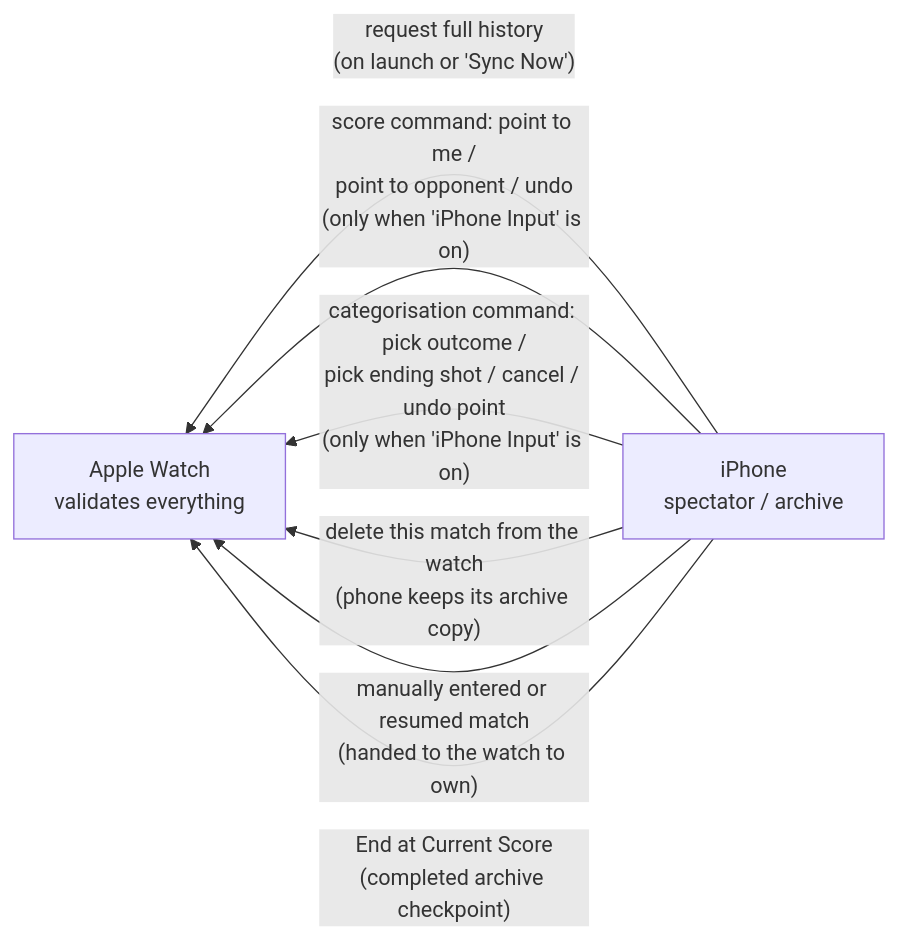
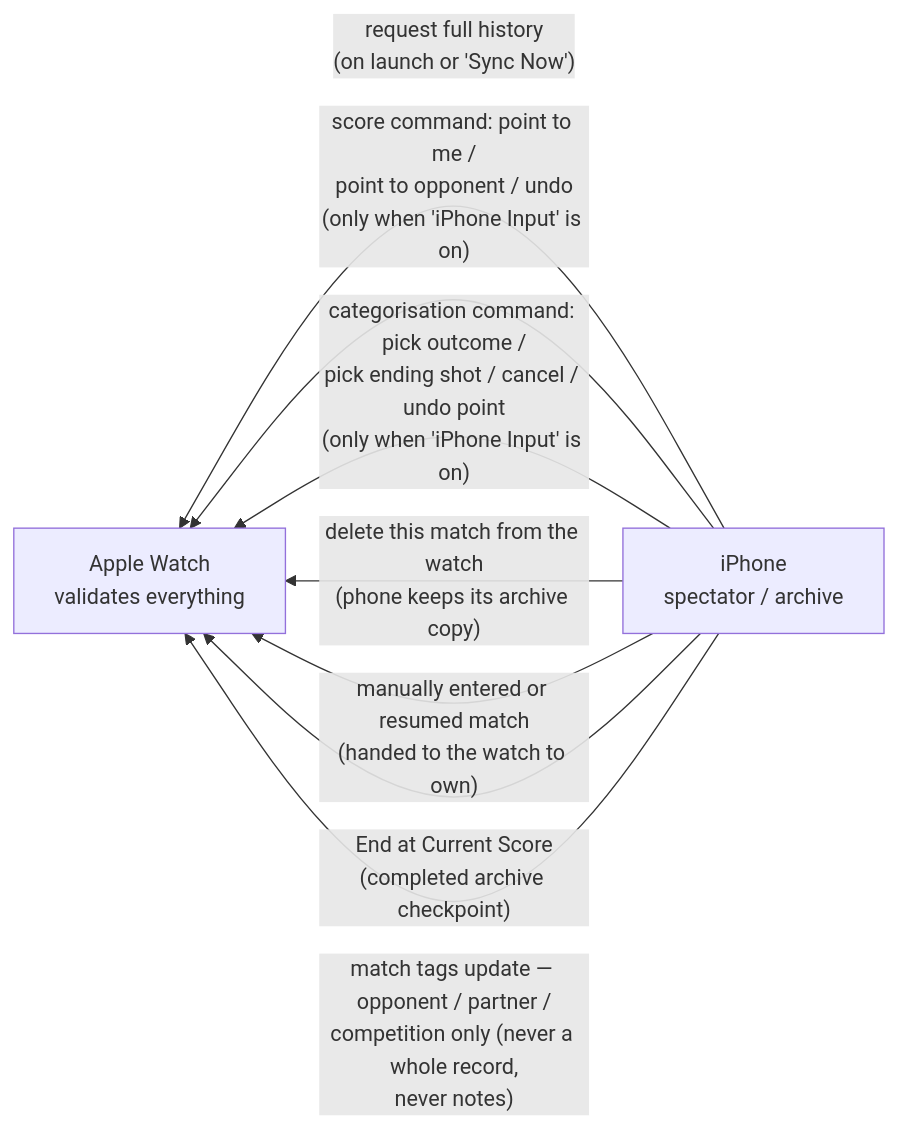
One commit to EMRahman/DeuceMate changed the second of 7 diagrams in docs/architecture/sync-and-data-flow.md. Above: the diagram before and after it, drawn with Mermaid. The commit also changed other lines of this file and 7 other files, not shown here.

First line of the commit message:
docs: Privacy policy, App Store notes and architecture for match details

````diff
--- a/docs/architecture/sync-and-data-flow.md
+++ b/docs/architecture/sync-and-data-flow.md
@@ -46,11 +46,12 @@
 ```mermaid
 flowchart RL
     P["iPhone<br/>spectator / archive"]
     W["Apple Watch<br/>validates everything"]
     P -- "request full history<br/>(on launch or 'Sync Now')" --> W
     P -- "score command: point to me /<br/>point to opponent / undo<br/>(only when 'iPhone Input' is on)" --> W
     P -- "categorisation command: pick outcome /<br/>pick ending shot / cancel / undo point<br/>(only when 'iPhone Input' is on)" --> W
     P -- "delete this match from the watch<br/>(phone keeps its archive copy)" --> W
     P -- "manually entered or resumed match<br/>(handed to the watch to own)" --> W
     P -- "End at Current Score<br/>(completed archive checkpoint)" --> W
+    P -- "match tags update — opponent / partner /<br/>competition only (never a whole record,<br/>never notes)" --> W
 ```
````
